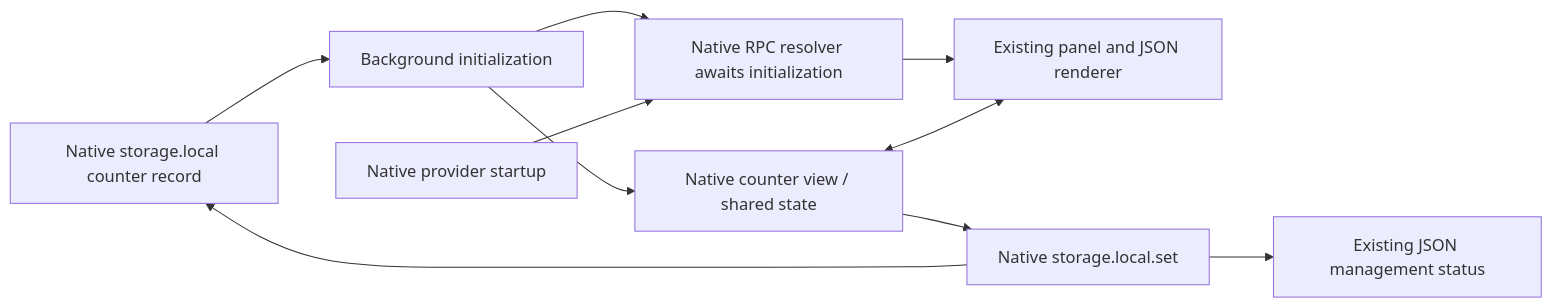
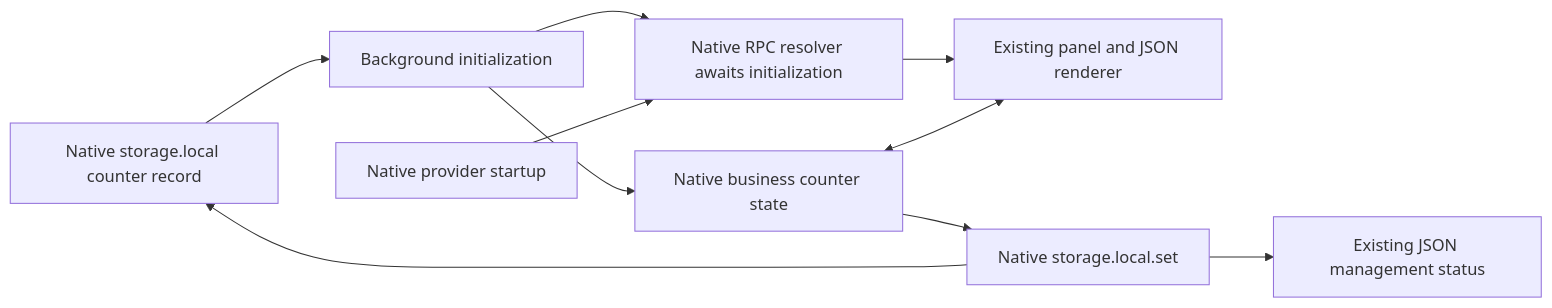
One commit to dvcol/devkit-extension changed the diagram in examples/webext/PERSISTENCE.md. Above: the diagram before and after it, drawn with Mermaid. The commit also changed other lines of this file and 70 other files, not shown here.

Commit message:
feat(views): activate native view setup recipes (#12)

````diff
--- a/examples/webext/PERSISTENCE.md
+++ b/examples/webext/PERSISTENCE.md
@@ -22,12 +22,12 @@
 ```mermaid
 flowchart LR
   Storage[Native storage.local counter record] --> Restore[Background initialization]
-  Restore --> State[Native counter view / shared state]
+  Restore --> State[Native business counter state]
   Restore --> Ready
   Provider[Native provider startup] --> Ready
   Ready[Native RPC resolver awaits initialization] --> UI[Existing panel and JSON renderer]
   State <--> UI
   State --> Write[Native storage.local.set]
   Write --> Storage
   Write --> Status[Existing JSON management status]
 ```
````
